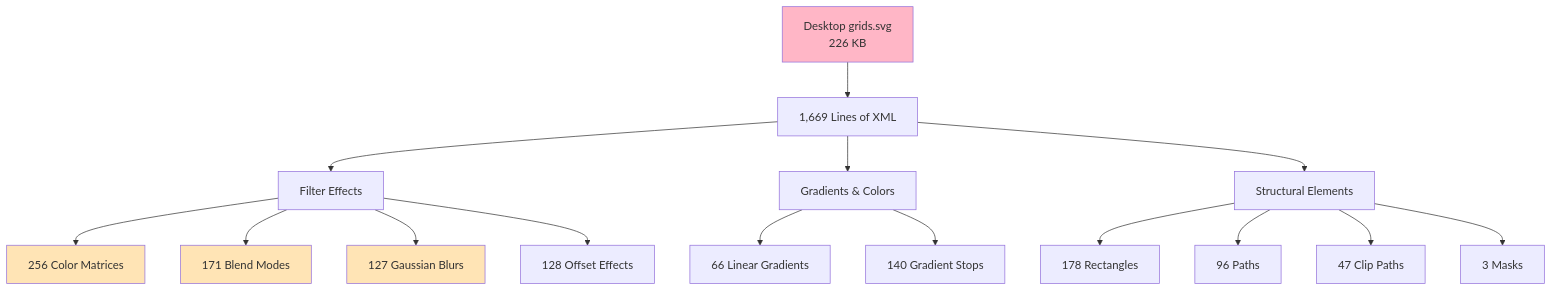
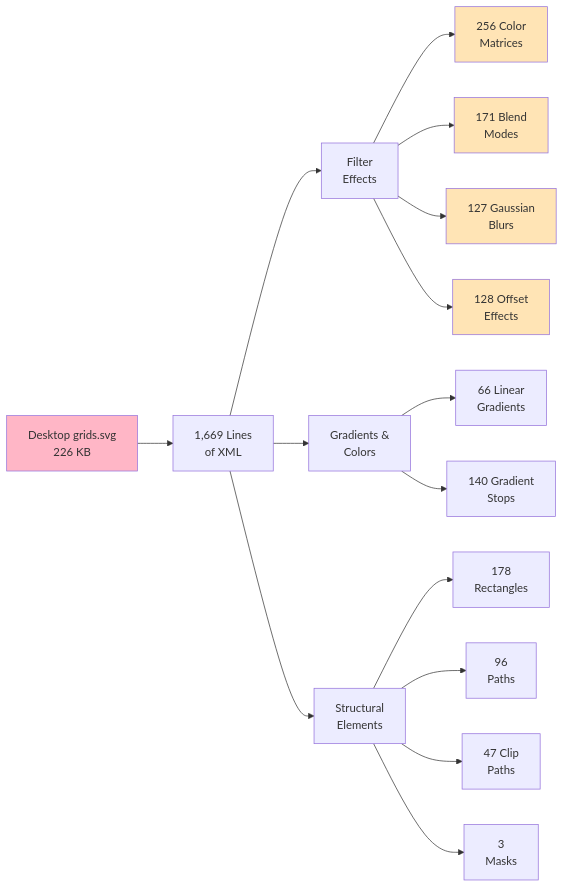
One commit to ikigai-eric-l/compare-svg changed the third of 4 diagrams in WebP-vs-SVG-Guide.md. Above: the diagram before and after it, drawn with Mermaid. The commit also changed 4 other files, not shown here.

````diff
--- a/WebP-vs-SVG-Guide.md
+++ b/WebP-vs-SVG-Guide.md
@@ -96,25 +96,27 @@
 ```mermaid
-graph TD
-    A[Desktop grids.svg<br/>226 KB] --> B[1,669 Lines of XML]
-    B --> C[Filter Effects]
-    B --> D[Gradients & Colors]
-    B --> E[Structural Elements]
+graph LR
+    A[Desktop grids.svg<br/>226 KB] --> B[1,669 Lines<br/>of XML]
 
-    C --> C1[256 Color Matrices]
-    C --> C2[171 Blend Modes]
-    C --> C3[127 Gaussian Blurs]
-    C --> C4[128 Offset Effects]
+    B --> C[Filter<br/>Effects]
+    B --> D[Gradients &<br/>Colors]
+    B --> E[Structural<br/>Elements]
 
-    D --> D1[66 Linear Gradients]
-    D --> D2[140 Gradient Stops]
+    C --> C1[256 Color<br/>Matrices]
+    C --> C2[171 Blend<br/>Modes]
+    C --> C3[127 Gaussian<br/>Blurs]
+    C --> C4[128 Offset<br/>Effects]
 
-    E --> E1[178 Rectangles]
-    E --> E2[96 Paths]
-    E --> E3[47 Clip Paths]
-    E --> E4[3 Masks]
+    D --> D1[66 Linear<br/>Gradients]
+    D --> D2[140 Gradient<br/>Stops]
+
+    E --> E1[178<br/>Rectangles]
+    E --> E2[96<br/>Paths]
+    E --> E3[47 Clip<br/>Paths]
+    E --> E4[3<br/>Masks]
 
     style A fill:#FFB6C6
     style C1 fill:#FFE4B5
     style C2 fill:#FFE4B5
     style C3 fill:#FFE4B5
+    style C4 fill:#FFE4B5
 ```
````
